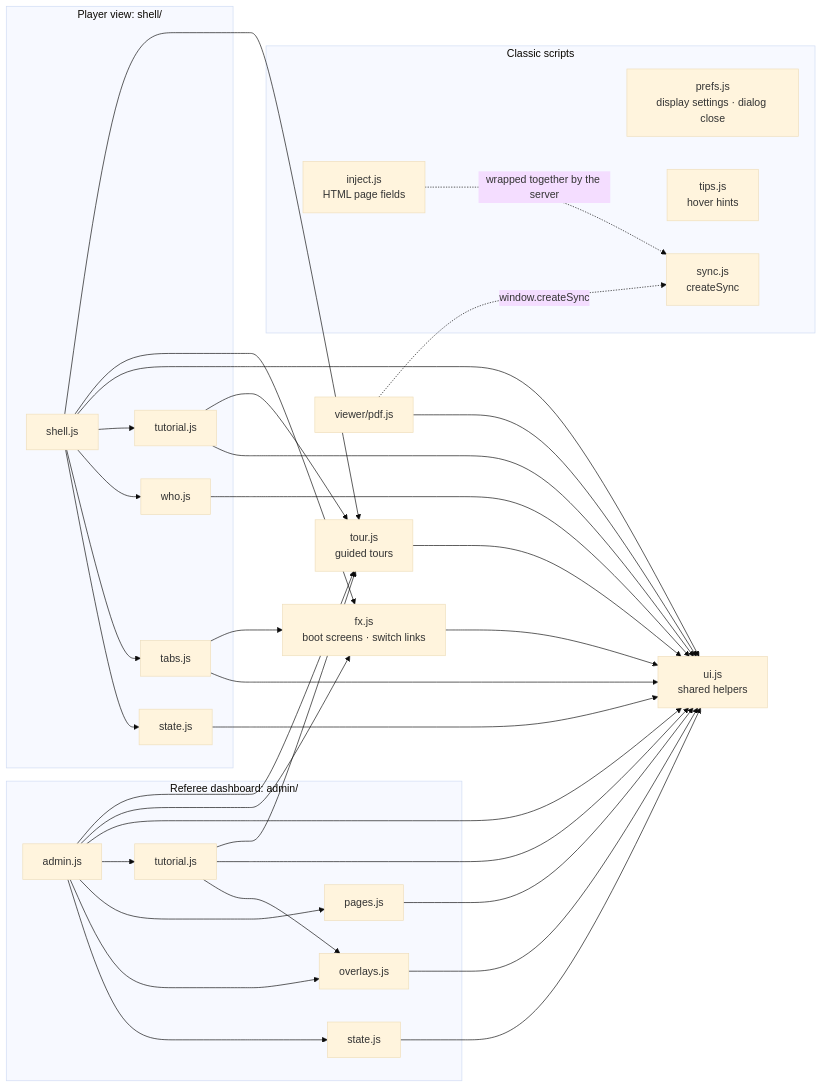
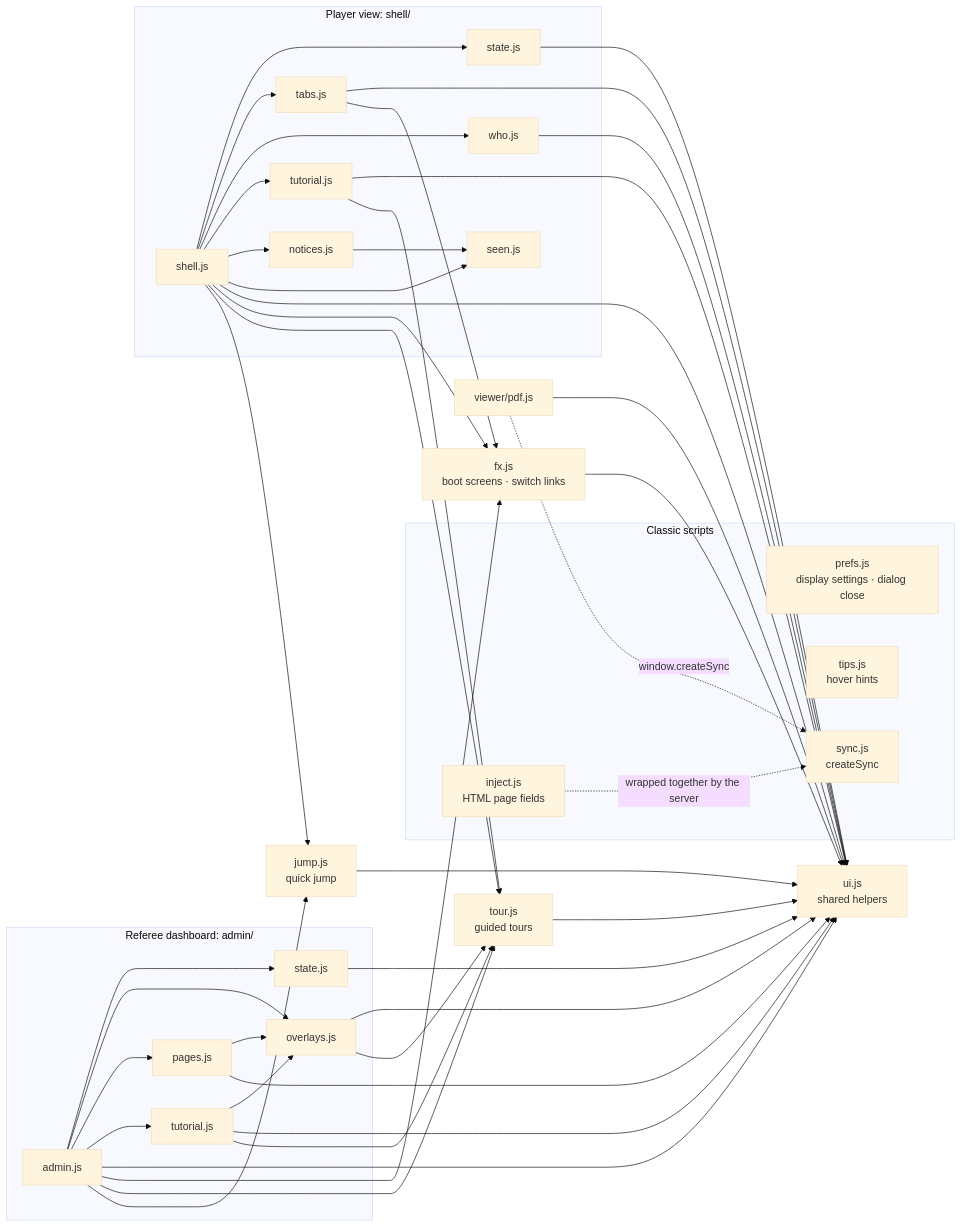
The fourth of 4 diagrams in docs/ARCHITECTURE.md (xy-zak/MotherGoose), drawn with Mermaid (base theme) before and after one commit. The commit also changed other lines of this file and 18 other files, not shown here.

First line of the commit message:
Cleanup to the architecture rules

````diff
--- a/docs/ARCHITECTURE.md
+++ b/docs/ARCHITECTURE.md
@@ -254,37 +261,45 @@
 ```mermaid
 flowchart LR
   subgraph classic["Classic scripts"]
     prefs["prefs.js<br/>display settings · dialog close"]
     tips["tips.js<br/>hover hints"]
     sync["sync.js<br/>createSync"]
     inject["inject.js<br/>HTML page fields"]
   end
   ui["ui.js<br/>shared helpers"]
   fx["fx.js<br/>boot screens · switch links"]
   tour["tour.js<br/>guided tours"]
+  jump["jump.js<br/>quick jump"]
   subgraph admin["Referee dashboard: admin/"]
     aj["admin.js"] --> ast["state.js"]
     aj --> aov["overlays.js"]
     aj --> apg["pages.js"]
     aj --> atu["tutorial.js"]
     atu --> aov
+    apg --> aov
   end
   subgraph shell["Player view: shell/"]
     sj["shell.js"] --> sst["state.js"]
     sj --> stb["tabs.js"]
     sj --> swh["who.js"]
     sj --> stu["tutorial.js"]
+    sj --> sno["notices.js"]
+    sj --> sse["seen.js"]
+    sno --> sse
   end
   pdf["viewer/pdf.js"]
   aj & aov & apg & atu & ast --> ui
   sj & stb & swh & stu & sst --> ui
   aj & sj --> fx
   stb --> fx
   atu & stu --> tour
   aj & sj --> tour
+  aj & sj --> jump
+  aov --> tour
+  jump --> ui
   fx --> ui
   tour --> ui
   pdf --> ui
   pdf -. "window.createSync" .-> sync
   inject -. "wrapped together by the server" .-> sync
 ```
````
